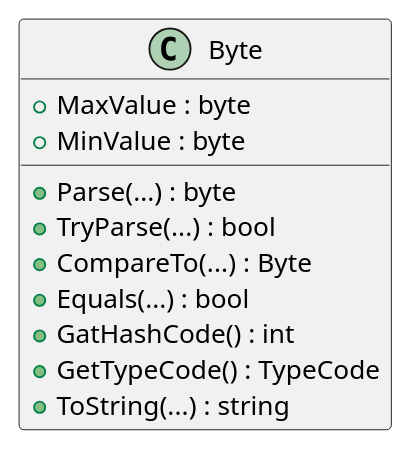
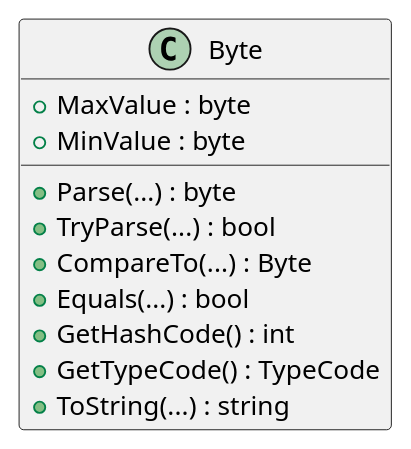
The second of 4 diagrams in 65030258_HOMEWORK/Lab-02-part-1/README.md (03376836-OOP-2566/03376836-OOP-2566-Lab-02), drawn with PlantUML before and after one commit. The commit also changed other lines of this file, not shown here.

````diff
--- a/65030258_HOMEWORK/Lab-02-part-1/README.md
+++ b/65030258_HOMEWORK/Lab-02-part-1/README.md
@@ -27,18 +27,18 @@
 ```plantuml
 @startuml
 class Byte
 {
   + MaxValue : byte
   + MinValue : byte
 
   + Parse(...) : byte
   + TryParse(...) : bool
   + CompareTo(...) : Byte
   + Equals(...) : bool
-  + GatHashCode() : int
+  + GetHashCode() : int
   + GetTypeCode() : TypeCode
   + ToString(...) : string
 }
 @enduml
 #Sittha Klaphanich
 ```
````
